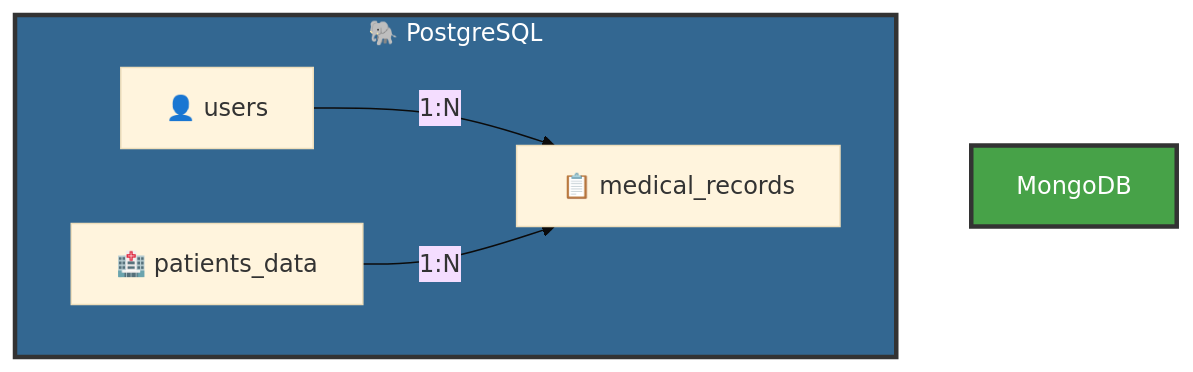
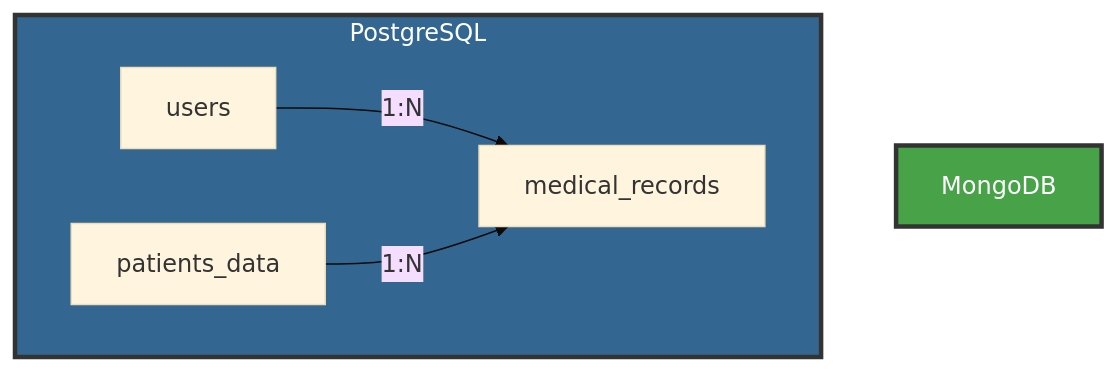
Before and after one commit to dIAgnoseTeam/dIAgnose: the fourth of 5 diagrams in README.md, drawn with Mermaid (base theme). The commit also changed other lines of this file and 1 other file, not shown here.

````diff
--- a/README.md
+++ b/README.md
@@ -117,14 +117,14 @@
 ```mermaid
 graph TB
-    subgraph PostgreSQL["🐘 PostgreSQL"]
-        Users[👤 users]
-        Patients_data[🏥 patients_data]
-        Records[📋 medical_records]
+    subgraph PostgreSQL["PostgreSQL"]
+        Users[users]
+        Patients_data[patients_data]
+        Records[medical_records]
     end
-    
+
     Users -->|1:N| Records
     Patients_data -->|1:N| Records
-    
+
     style PostgreSQL fill:#336791,stroke:#333,stroke-width:3px,color:#fff
     style MongoDB fill:#47a248,stroke:#333,stroke-width:3px,color:#fff
 ```
````
